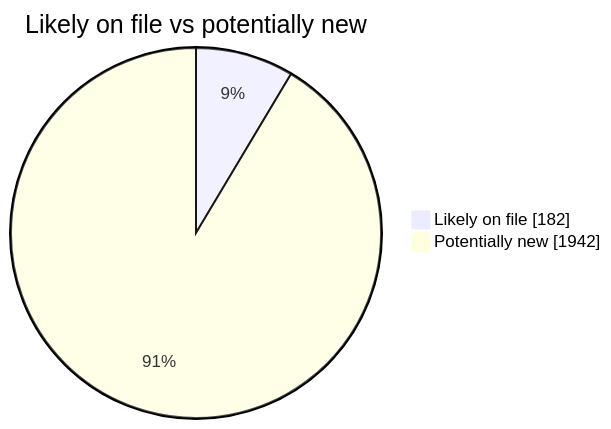
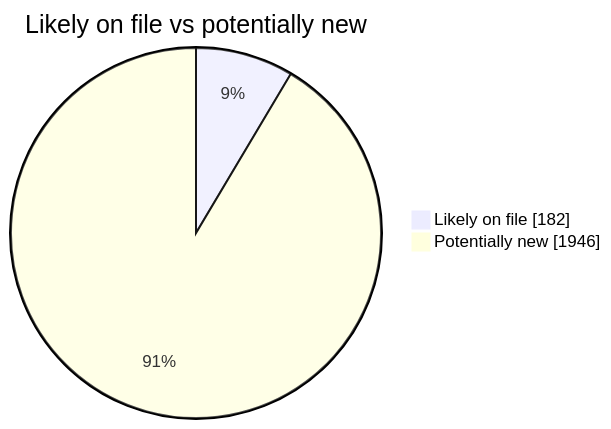
One commit to martinbalfanz/social-scanner-reports changed the second of 4 diagrams in README.md. Above: the diagram before and after it, drawn with Mermaid. The commit also changed other lines of this file and 4 other files, not shown here.

````diff
--- a/README.md
+++ b/README.md
@@ -40,5 +40,5 @@
 ```mermaid
 pie showData title Likely on file vs potentially new
     "Likely on file" : 182
-    "Potentially new" : 1942
+    "Potentially new" : 1946
 ```
````
